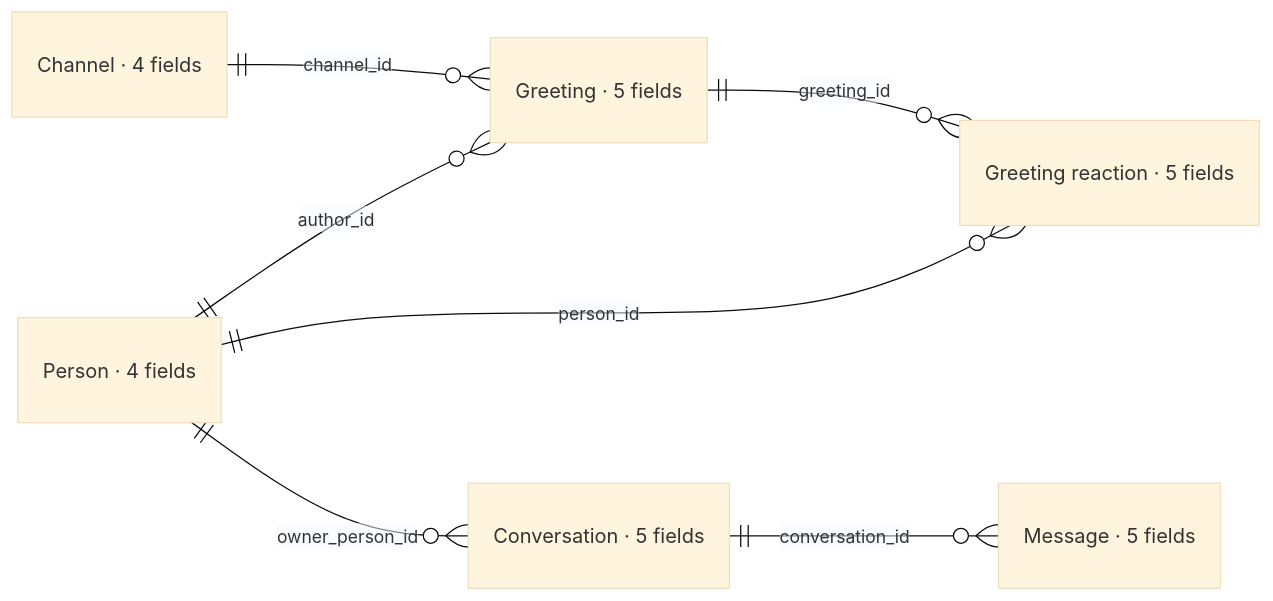
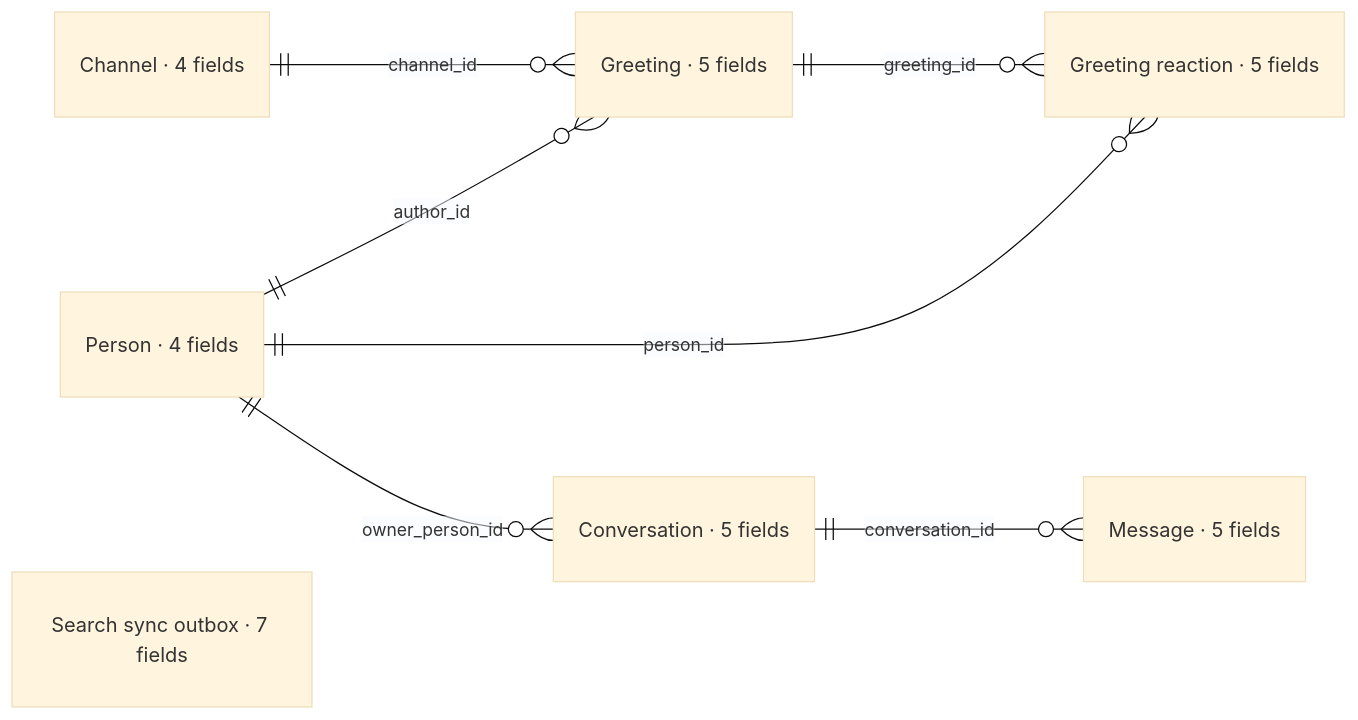
Before and after one commit to einmalik1/helloworld: the diagram in openspec/data-model/generated/big-picture.mmd, drawn with Mermaid (base theme). The commit also changed 118 other files, not shown here.

First line of the commit message:
feat: implement search and knowledge-graph facade (#56)

```diff
--- a/openspec/data-model/generated/big-picture.mmd
+++ b/openspec/data-model/generated/big-picture.mmd
@@ -1,17 +1,18 @@
 %% Big Picture — all tables, business FK edges
 %% Generated by spark/generators — do not edit by hand.
 %% Source: openspec/data-model/schema.sql (DDL SoT); categories from spark/repo-profile.yaml
 erDiagram
   direction LR
   person["Person · 4 fields"]
   channel["Channel · 4 fields"]
   greeting["Greeting · 5 fields"]
   greeting_reaction["Greeting reaction · 5 fields"]
   conversation["Conversation · 5 fields"]
   message["Message · 5 fields"]
+  search_sync_outbox["Search sync outbox · 7 fields"]
   person ||--o{ greeting : "author_id"
   channel ||--o{ greeting : "channel_id"
   greeting ||--o{ greeting_reaction : "greeting_id"
   person ||--o{ greeting_reaction : "person_id"
   person ||--o{ conversation : "owner_person_id"
   conversation ||--o{ message : "conversation_id"
```
